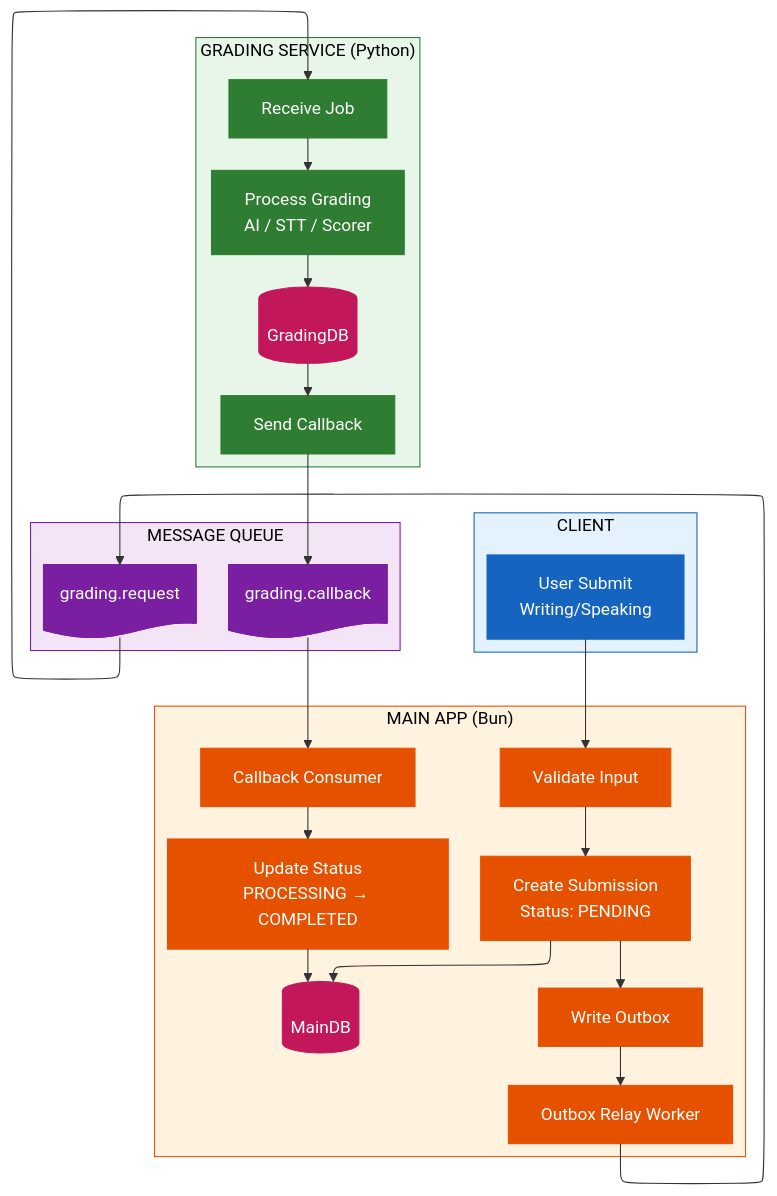
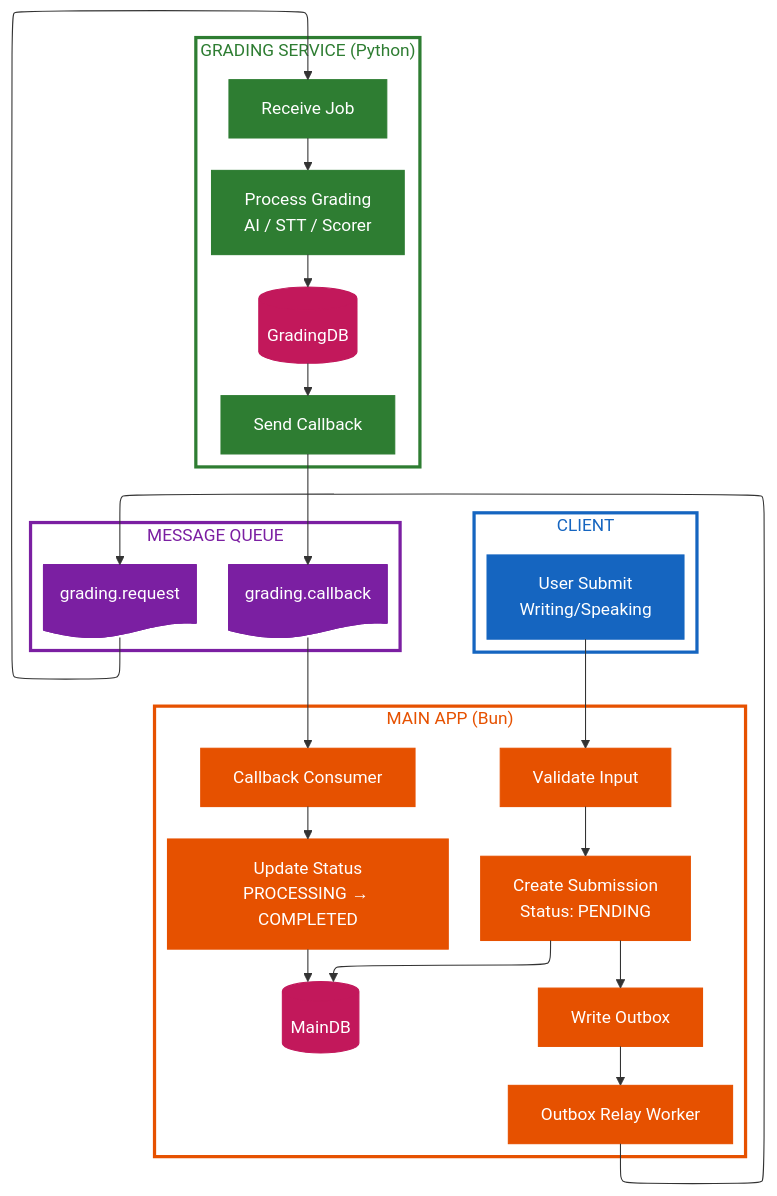
One commit to nghyane/VSTEP changed the second of 12 diagrams in docs/capstone/diagrams/flow-diagrams.vi.md. Above: the diagram before and after it, drawn with Mermaid. The commit also changed other lines of this file, not shown here.

First line of the commit message:
fix(docs): use transparent fill for subgraph boxes (dark mode compatible)

````diff
--- a/docs/capstone/diagrams/flow-diagrams.vi.md
+++ b/docs/capstone/diagrams/flow-diagrams.vi.md
@@ -95,64 +95,64 @@
 ```mermaid
 ---
 config:
   layout: elk
 ---
 flowchart TB
     subgraph Client["CLIENT"]
         User["User Submit\nWriting/Speaking"]
     end
 
     subgraph Bun["MAIN APP (Bun)"]
         direction TB
         Validate["Validate Input"]
         CreateSub["Create Submission\nStatus: PENDING"]
         SaveDB[("MainDB")]
         WriteOutbox["Write Outbox"]
         Relay["Outbox Relay Worker"]
         Consume["Callback Consumer"]
         UpdateStatus["Update Status\nPROCESSING → COMPLETED"]
     end
 
     subgraph Queue["MESSAGE QUEUE"]
         ReqQueue@{ shape: doc, label: "grading.request" }
         CbQueue@{ shape: doc, label: "grading.callback" }
     end
 
     subgraph Python["GRADING SERVICE (Python)"]
         direction TB
         Receive["Receive Job"]
         Process["Process Grading\nAI / STT / Scorer"]
         SaveGrade[("GradingDB")]
         SendCb["Send Callback"]
     end
 
     User --> Validate --> CreateSub --> SaveDB
     CreateSub --> WriteOutbox
     WriteOutbox --> Relay --> ReqQueue --> Receive
     Receive --> Process --> SaveGrade --> SendCb --> CbQueue --> Consume
     Consume --> UpdateStatus --> SaveDB
 
     %% Nodes
     classDef client fill:#1565c0,stroke:#1565c0,color:#fff
     classDef bun fill:#e65100,stroke:#e65100,color:#fff
     classDef queue fill:#7b1fa2,stroke:#7b1fa2,color:#fff
     classDef python fill:#2e7d32,stroke:#2e7d32,color:#fff
     classDef db fill:#c2185b,stroke:#c2185b,color:#fff
 
-    %% Boxes
-    classDef clientBox fill:#e3f2fd,stroke:#1565c0,color:#000
-    classDef bunBox fill:#fff3e0,stroke:#e65100,color:#000
-    classDef queueBox fill:#f3e5f5,stroke:#7b1fa2,color:#000
-    classDef pythonBox fill:#e8f5e9,stroke:#2e7d32,color:#000
+    %% Boxes - transparent with thick colored border
+    classDef clientBox fill:none,stroke:#1565c0,stroke-width:3px,color:#1565c0
+    classDef bunBox fill:none,stroke:#e65100,stroke-width:3px,color:#e65100
+    classDef queueBox fill:none,stroke:#7b1fa2,stroke-width:3px,color:#7b1fa2
+    classDef pythonBox fill:none,stroke:#2e7d32,stroke-width:3px,color:#2e7d32
 
     class Client clientBox
     class Bun bunBox
     class Queue queueBox
     class Python pythonBox
 
     class User client
     class Validate,CreateSub,WriteOutbox,Relay,Consume,UpdateStatus bun
     class ReqQueue,CbQueue queue
     class Receive,Process,SendCb python
     class SaveDB,SaveGrade db
 ```
````
